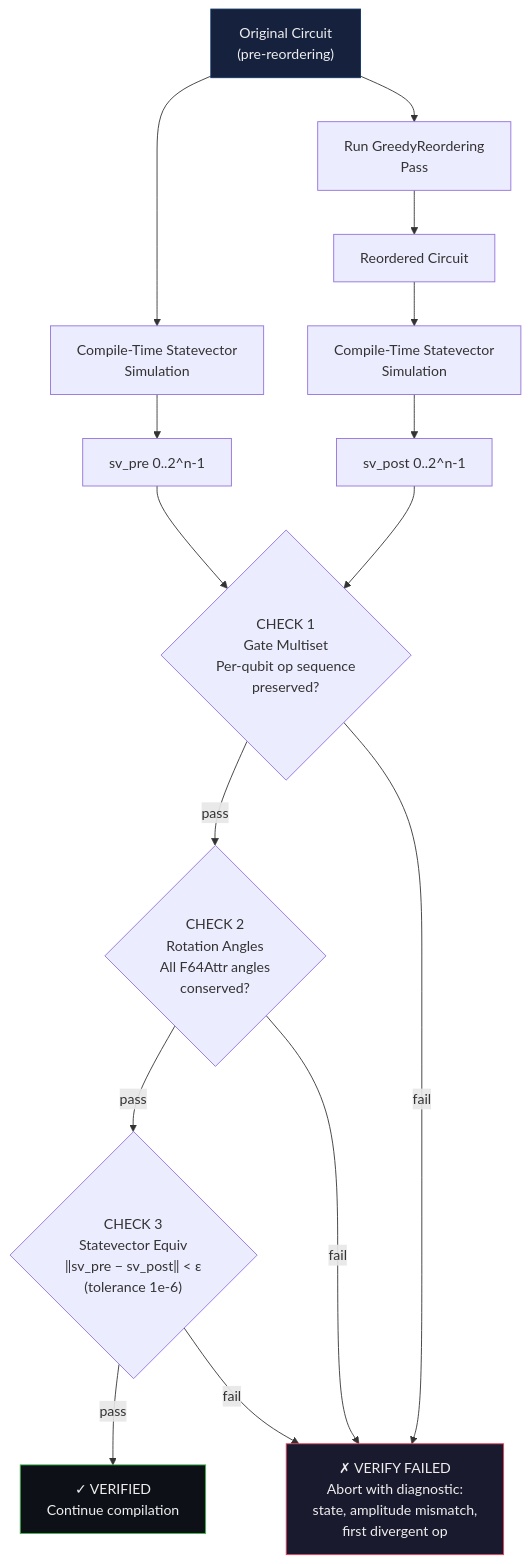
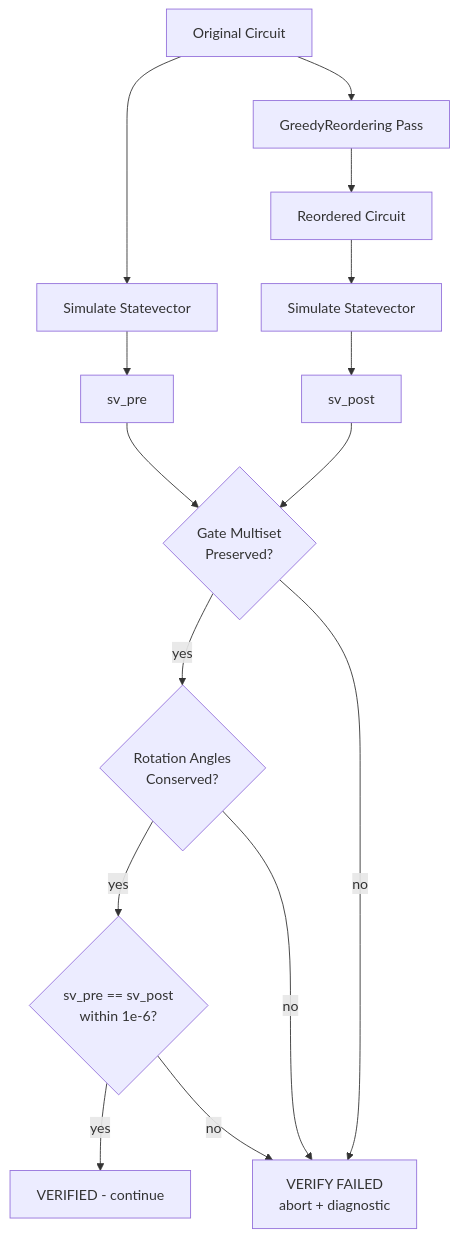
The eighth of 9 diagrams in README.md (Quantum-Blade1/dqc1), drawn with Mermaid before and after one commit. The commit also changed other lines of this file, not shown here.

Commit message:
fix Mermaid diagrams: remove backticks from node labels, compact layout

````diff
--- a/README.md
+++ b/README.md
@@ -268,26 +167,17 @@
 ```mermaid
 flowchart TB
-    A["Original Circuit\n(pre-reordering)"] --> B["Compile-Time Statevector\nSimulation"]
-    B --> C["sv_pre 0..2^n-1"]
-
-    A --> D["Run GreedyReordering\nPass"]
+    A["Original Circuit"] --> B["Simulate Statevector"]
+    B --> C["sv_pre"]
+    A --> D["GreedyReordering Pass"]
     D --> E["Reordered Circuit"]
-    E --> F["Compile-Time Statevector\nSimulation"]
-    F --> G["sv_post 0..2^n-1"]
-
-    C --> H{"CHECK 1\nGate Multiset\nPer-qubit op sequence\npreserved?"}
+    E --> F["Simulate Statevector"]
+    F --> G["sv_post"]
+    C --> H{"Gate Multiset\nPreserved?"}
     G --> H
-
-    H -->|pass| I{"CHECK 2\nRotation Angles\nAll F64Attr angles\nconserved?"}
-    H -->|fail| FAIL
-
-    I -->|pass| J{"CHECK 3\nStatevector Equiv\n‖sv_pre − sv_post‖ < ε\n(tolerance 1e-6)"}
-    I -->|fail| FAIL
-
-    J -->|pass| OK["✓ VERIFIED\nContinue compilation"]
-    J -->|fail| FAIL["✗ VERIFY FAILED\nAbort with diagnostic:\nstate, amplitude mismatch,\nfirst divergent op"]
-
-    style A fill:#16213e,stroke:#0f3460,color:#eee
-    style OK fill:#0d1117,stroke:#3fb950,color:#eee
-    style FAIL fill:#1a1a2e,stroke:#e94560,color:#eee
+    H -->|yes| I{"Rotation Angles\nConserved?"}
+    H -->|no| FAIL["VERIFY FAILED\nabort + diagnostic"]
+    I -->|yes| J{"sv_pre == sv_post\nwithin 1e-6?"}
+    I -->|no| FAIL
+    J -->|yes| OK["VERIFIED - continue"]
+    J -->|no| FAIL
 ```
````
